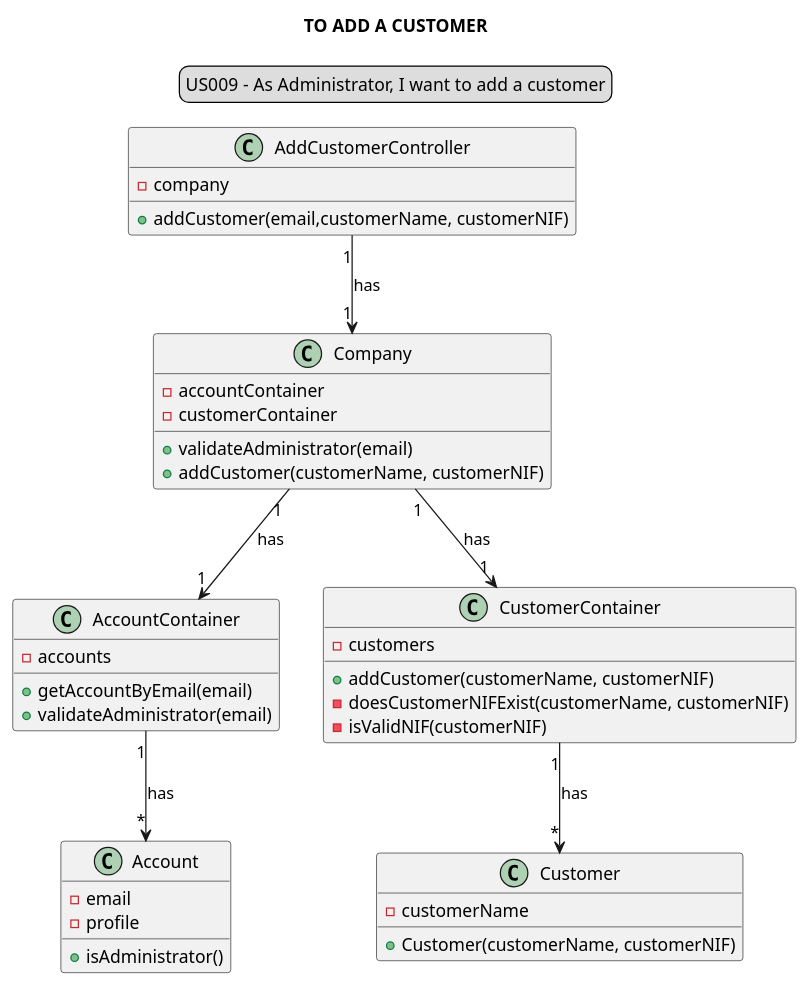
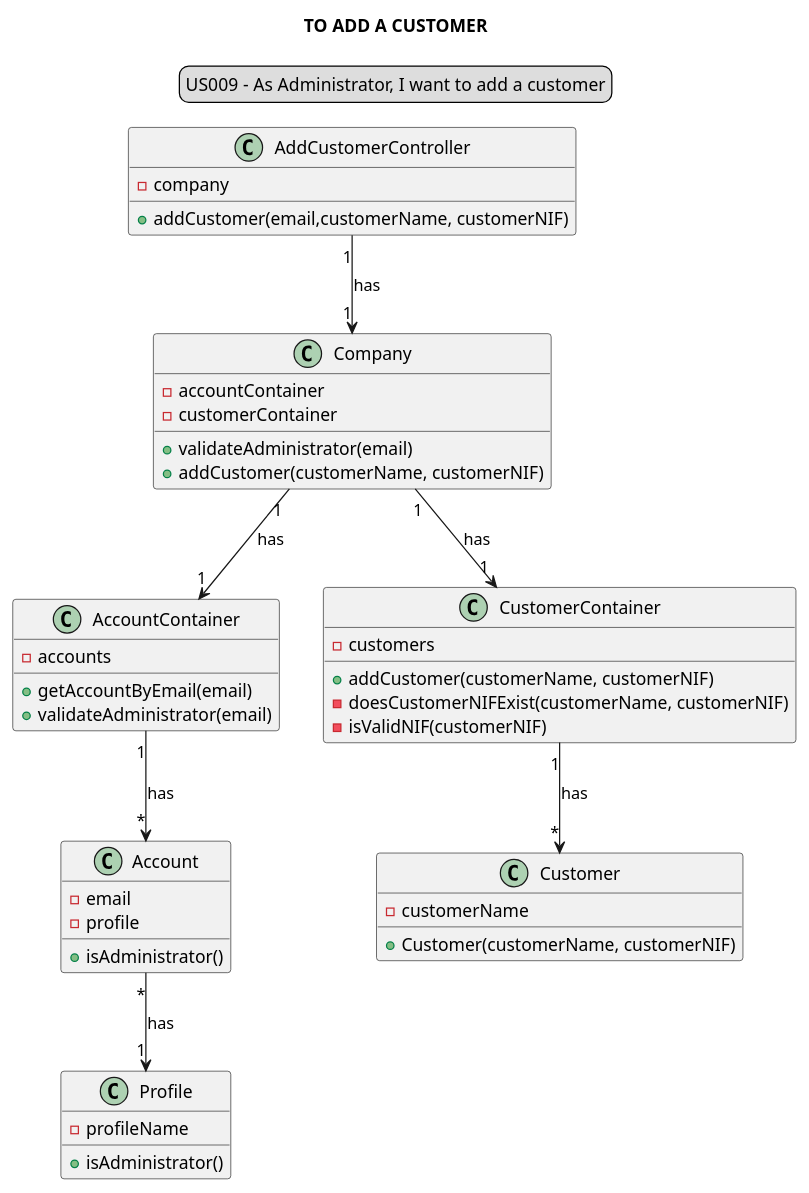
Before and after one commit to Loracline/project_switch_22-23: the diagram in docs/modelling_design/user_stories/sprint02/us009/US009_classDiagram.puml, drawn with PlantUML. The commit also changed 5 other files, not shown here.

Commit message:
No US number : Design : refinement of Class Diagram

```diff
--- a/docs/modelling_design/user_stories/sprint02/us009/US009_classDiagram.puml
+++ b/docs/modelling_design/user_stories/sprint02/us009/US009_classDiagram.puml
@@ -1,42 +1,49 @@
 @startuml
 skinparam sequenceMessageAlign center
 title TO ADD A CUSTOMER
 legend top
 US009 - As Administrator, I want to add a customer
 end legend
 class "AddCustomerController" {
 -company
 +addCustomer(email,customerName, customerNIF)
 }
 class "Company"{
 -accountContainer
 -customerContainer
 +validateAdministrator(email)
 +addCustomer(customerName, customerNIF)
 }
 class "AccountContainer"{
 -accounts
 +getAccountByEmail(email)
 +validateAdministrator(email)
 }
 class "Account"{
 -email
 - profile
 +isAdministrator()
 }
+
+class Profile{
+-profileName
++isAdministrator()
+}
+
 class "CustomerContainer"{
 -customers
 +addCustomer(customerName, customerNIF)
 -doesCustomerNIFExist(customerName, customerNIF)
 - isValidNIF(customerNIF)
 }
 class "Customer"{
 -customerName
 +Customer(customerName, customerNIF)
 }
 "AddCustomerController" "1"-->"1" "Company" : has
 "Company" "1"-->"1" "CustomerContainer": has
 "Company" "1"-->"1" "AccountContainer": has
 "CustomerContainer" "1"-->"*" "Customer": has
 "AccountContainer" "1" --> "*" "Account": has
+"Account" "*"-->"1" "Profile" : has
 @enduml
```
